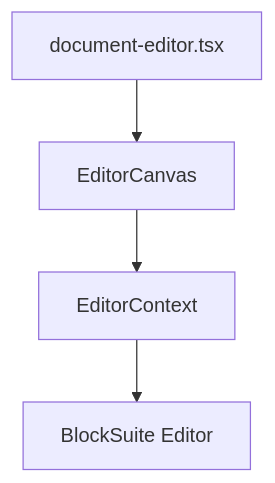
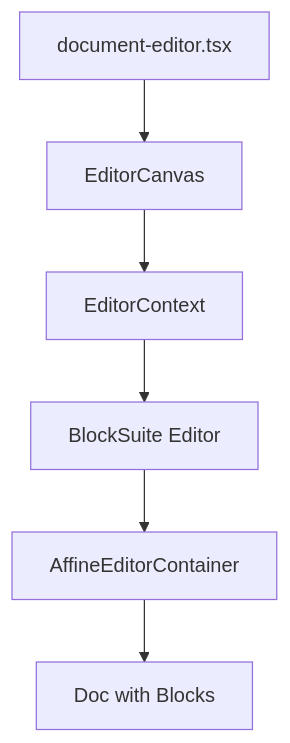
The second of 9 diagrams in STRUCTURE.md (eliseo-arevalo/blocksuite-react), drawn with Mermaid before and after one commit. The commit also changed other lines of this file and 3 other files, not shown here.

````diff
--- a/STRUCTURE.md
+++ b/STRUCTURE.md
@@ -75,6 +133,8 @@
 ```mermaid
 graph TB
     A[document-editor.tsx] --> B[EditorCanvas]
     B --> C[EditorContext]
     C --> D[BlockSuite Editor]
+    D --> E[AffineEditorContainer]
+    E --> F[Doc with Blocks]
 ```
````
